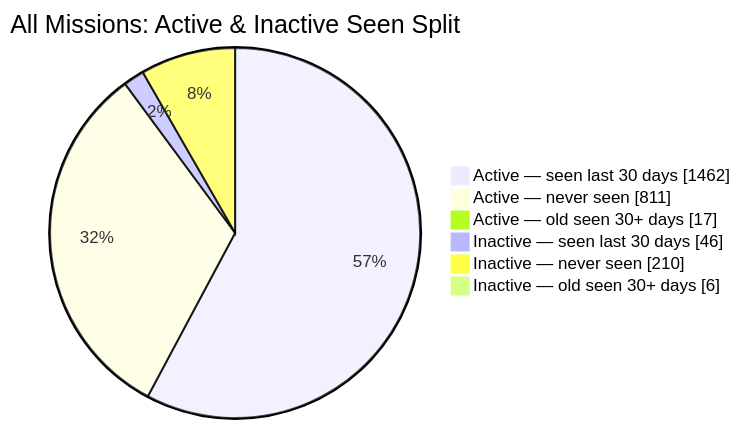
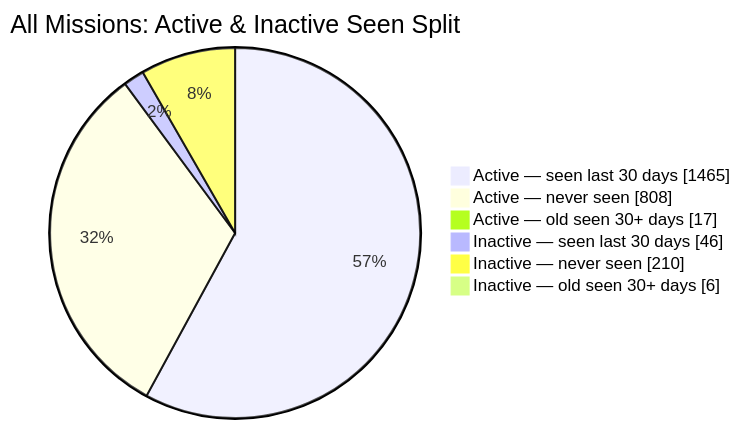
One commit to MeldkamerspelGameTeam/active-missions changed the second of 2 diagrams in README.md. Above: the diagram before and after it, drawn with Mermaid. The commit also changed other lines of this file and 2 other files, not shown here.

````diff
--- a/README.md
+++ b/README.md
@@ -44,10 +44,10 @@
 ```mermaid
 pie showData
     title All Missions: Active & Inactive Seen Split
-    "Active — seen last 30 days" : 1462
-    "Active — never seen" : 811
+    "Active — seen last 30 days" : 1465
+    "Active — never seen" : 808
     "Active — old seen 30+ days" : 17
     "Inactive — seen last 30 days" : 46
     "Inactive — never seen" : 210
     "Inactive — old seen 30+ days" : 6
 ```
````
